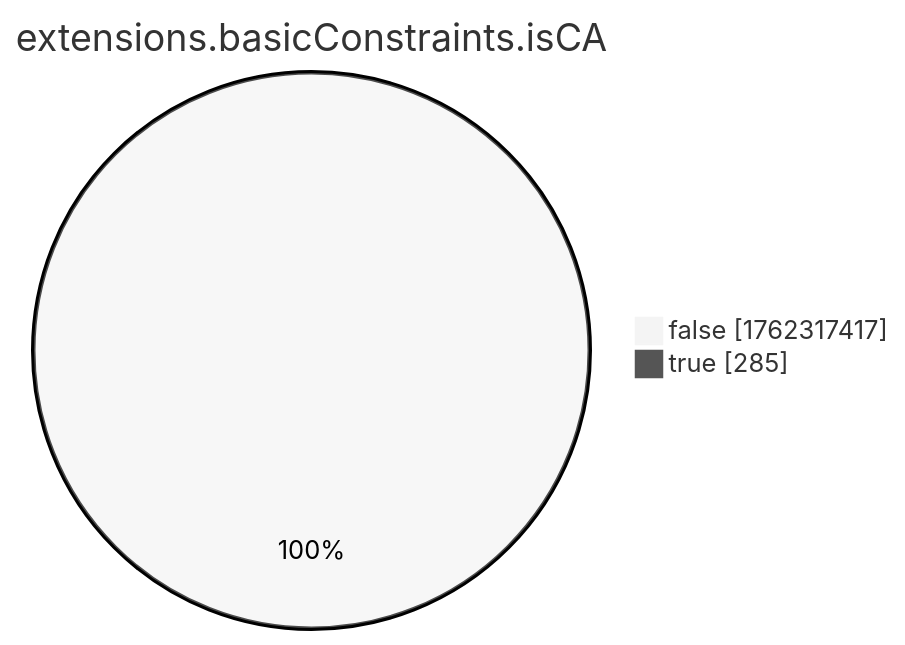
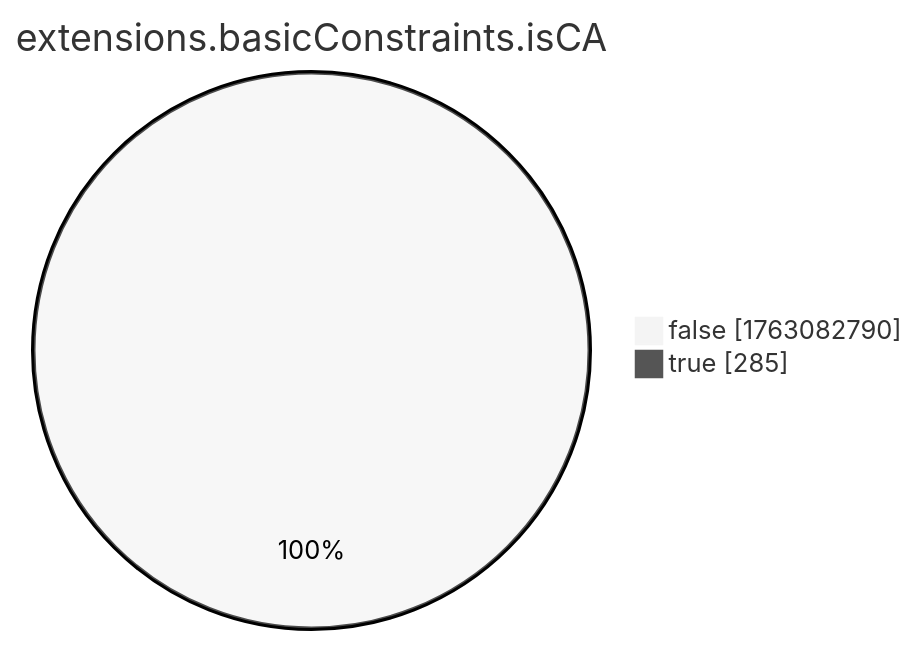
Before and after one commit to christiankrug/ctmonitor_visualization: the eighth of 15 diagrams in xenon2022/README.md, drawn with Mermaid (neutral theme). The commit also changed other lines of this file, not shown here.

````diff
--- a/xenon2022/README.md
+++ b/xenon2022/README.md
@@ -2868,6 +2868,6 @@
 ```mermaid
 pie showData
 title extensions.basicConstraints.isCA
-"false" :1762317417
+"false" :1763082790
 "true" :285
 ```
````
